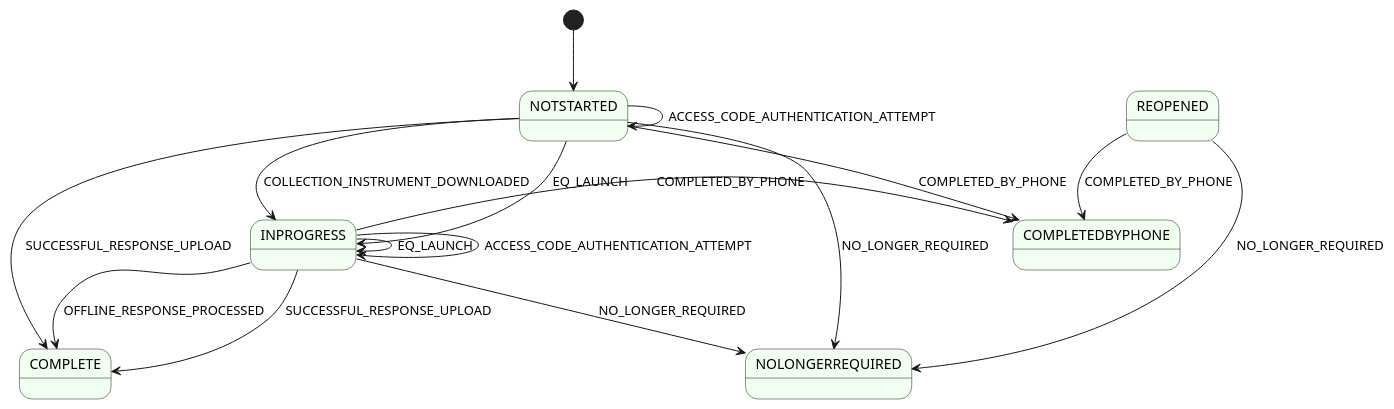
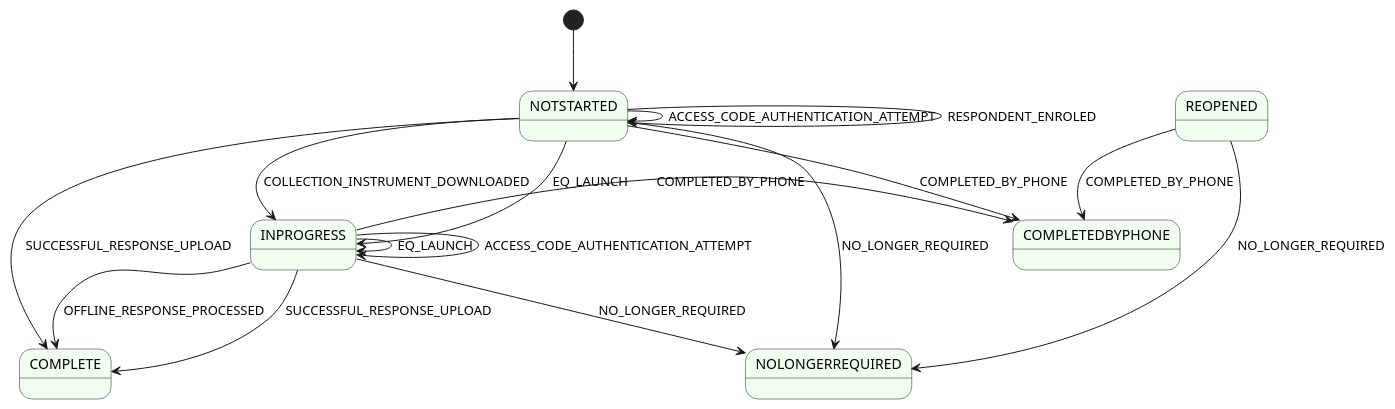
One commit to ONSdigital/rm-case-service changed the diagram in diagrams/case-group-state.puml. Above: the diagram before and after it, drawn with PlantUML.

Commit message:
Add missing state transition

```diff
--- a/diagrams/case-group-state.puml
+++ b/diagrams/case-group-state.puml
@@ -1,24 +1,25 @@
 @startuml
 skinparam state {
     BackgroundColor HoneyDew
 }
 
 [*] --> NOTSTARTED
 NOTSTARTED --> INPROGRESS : COLLECTION_INSTRUMENT_DOWNLOADED
 NOTSTARTED --> INPROGRESS : EQ_LAUNCH
 NOTSTARTED --> COMPLETE : SUCCESSFUL_RESPONSE_UPLOAD
 NOTSTARTED --> NOTSTARTED: ACCESS_CODE_AUTHENTICATION_ATTEMPT
+NOTSTARTED --> NOTSTARTED: RESPONDENT_ENROLED
 
 NOTSTARTED --> COMPLETEDBYPHONE : COMPLETED_BY_PHONE
 NOTSTARTED --> NOLONGERREQUIRED : NO_LONGER_REQUIRED
     
 INPROGRESS --> COMPLETE : OFFLINE_RESPONSE_PROCESSED
 INPROGRESS --> COMPLETE : SUCCESSFUL_RESPONSE_UPLOAD
 INPROGRESS -> INPROGRESS: EQ_LAUNCH
 INPROGRESS -> INPROGRESS: ACCESS_CODE_AUTHENTICATION_ATTEMPT
 INPROGRESS -> COMPLETEDBYPHONE : COMPLETED_BY_PHONE
 INPROGRESS --> NOLONGERREQUIRED : NO_LONGER_REQUIRED
 
 REOPENED --> COMPLETEDBYPHONE : COMPLETED_BY_PHONE
 REOPENED --> NOLONGERREQUIRED : NO_LONGER_REQUIRED
 @enduml
```
